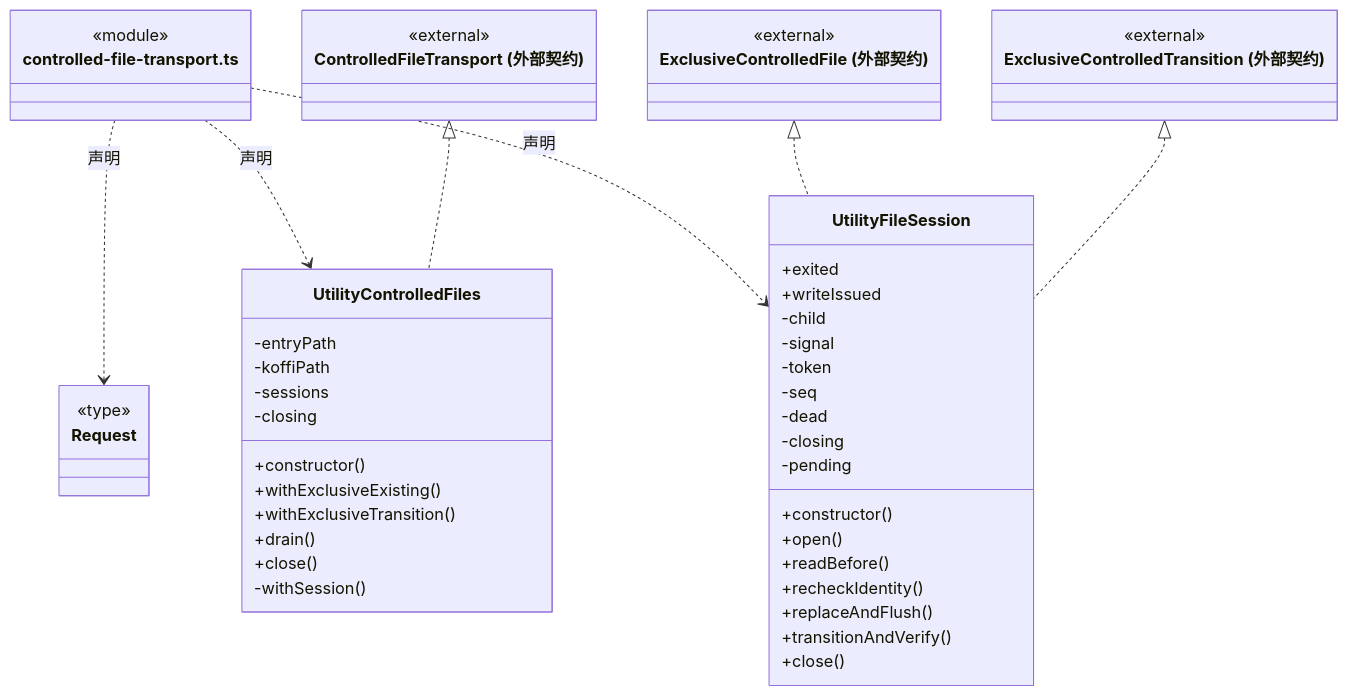
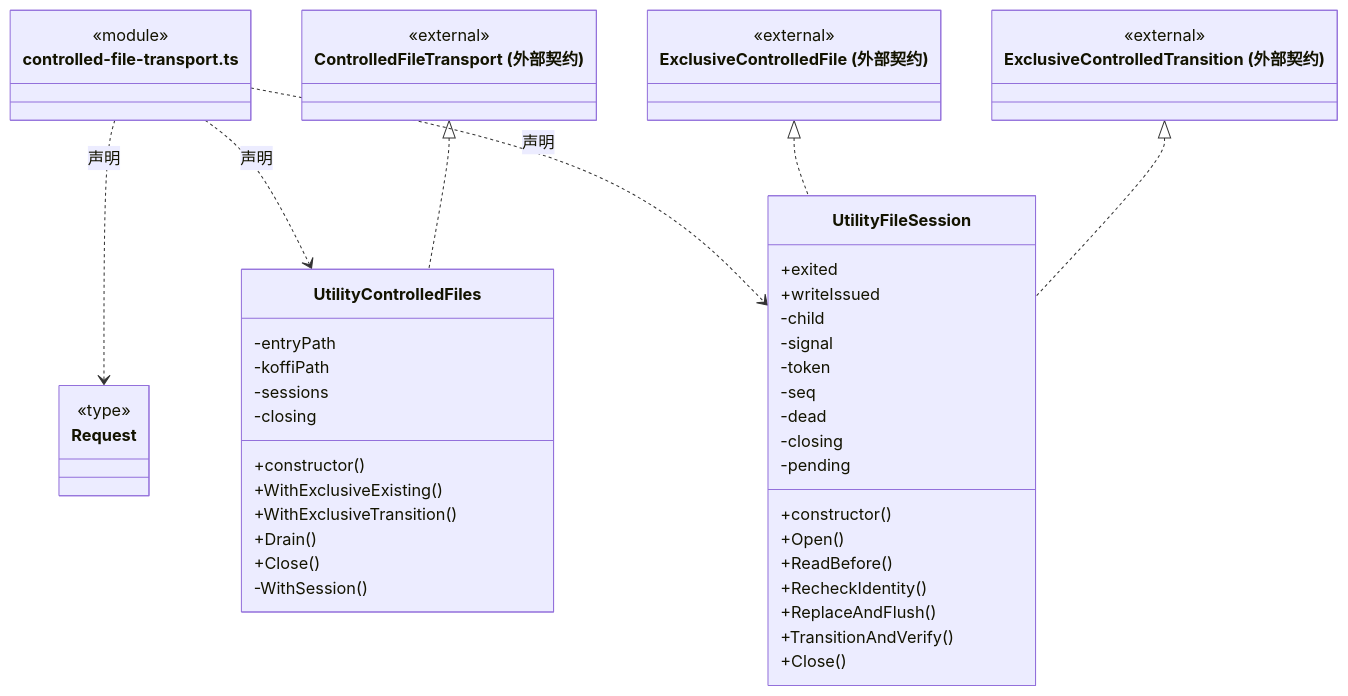
Before and after one commit to nan023062/cbim: the third of 4 diagrams in src/bridge/server/platform/ARCHITECTURE.md, drawn with Mermaid. The commit also changed other lines of this file and 1035 other files, not shown here.

````diff
--- a/src/bridge/server/platform/ARCHITECTURE.md
+++ b/src/bridge/server/platform/ARCHITECTURE.md
@@ -43,55 +43,55 @@
 ```mermaid
 classDiagram
 class N_src_bridge_server_platform_controlled_file_transport_ts["controlled-file-transport.ts"] {
   <<module>>
 }
 class N_src_bridge_server_platform_controlled_file_transport_ts_Request["Request"] {
   <<type>>
 
 }
 N_src_bridge_server_platform_controlled_file_transport_ts ..> N_src_bridge_server_platform_controlled_file_transport_ts_Request : 声明
 class N_src_bridge_server_platform_controlled_file_transport_ts_UtilityControlledFiles["UtilityControlledFiles"] {
   +constructor()
-  +withExclusiveExisting()
-  +withExclusiveTransition()
-  +drain()
-  +close()
+  +WithExclusiveExisting()
+  +WithExclusiveTransition()
+  +Drain()
+  +Close()
   -entryPath
   -koffiPath
   -sessions
   -closing
-  -withSession()
+  -WithSession()
 }
 N_src_bridge_server_platform_controlled_file_transport_ts ..> N_src_bridge_server_platform_controlled_file_transport_ts_UtilityControlledFiles : 声明
 class N_src_bridge_server_platform_controlled_file_transport_ts_external_ControlledFileTransport["ControlledFileTransport (外部契约)"] {
   <<external>>
 }
 N_src_bridge_server_platform_controlled_file_transport_ts_external_ControlledFileTransport <|.. N_src_bridge_server_platform_controlled_file_transport_ts_UtilityControlledFiles
 class N_src_bridge_server_platform_controlled_file_transport_ts_UtilityFileSession["UtilityFileSession"] {
   +exited
   +constructor()
   +writeIssued
-  +open()
-  +readBefore()
-  +recheckIdentity()
-  +replaceAndFlush()
-  +transitionAndVerify()
-  +close()
+  +Open()
+  +ReadBefore()
+  +RecheckIdentity()
+  +ReplaceAndFlush()
+  +TransitionAndVerify()
+  +Close()
   -child
   -signal
   -token
   -seq
   -dead
   -closing
   -pending
 }
 N_src_bridge_server_platform_controlled_file_transport_ts ..> N_src_bridge_server_platform_controlled_file_transport_ts_UtilityFileSession : 声明
 class N_src_bridge_server_platform_controlled_file_transport_ts_external_ExclusiveControlledFile["ExclusiveControlledFile (外部契约)"] {
   <<external>>
 }
 N_src_bridge_server_platform_controlled_file_transport_ts_external_ExclusiveControlledFile <|.. N_src_bridge_server_platform_controlled_file_transport_ts_UtilityFileSession
 class N_src_bridge_server_platform_controlled_file_transport_ts_external_ExclusiveControlledTransition["ExclusiveControlledTransition (外部契约)"] {
   <<external>>
 }
 N_src_bridge_server_platform_controlled_file_transport_ts_external_ExclusiveControlledTransition <|.. N_src_bridge_server_platform_controlled_file_transport_ts_UtilityFileSession
 ```
````
